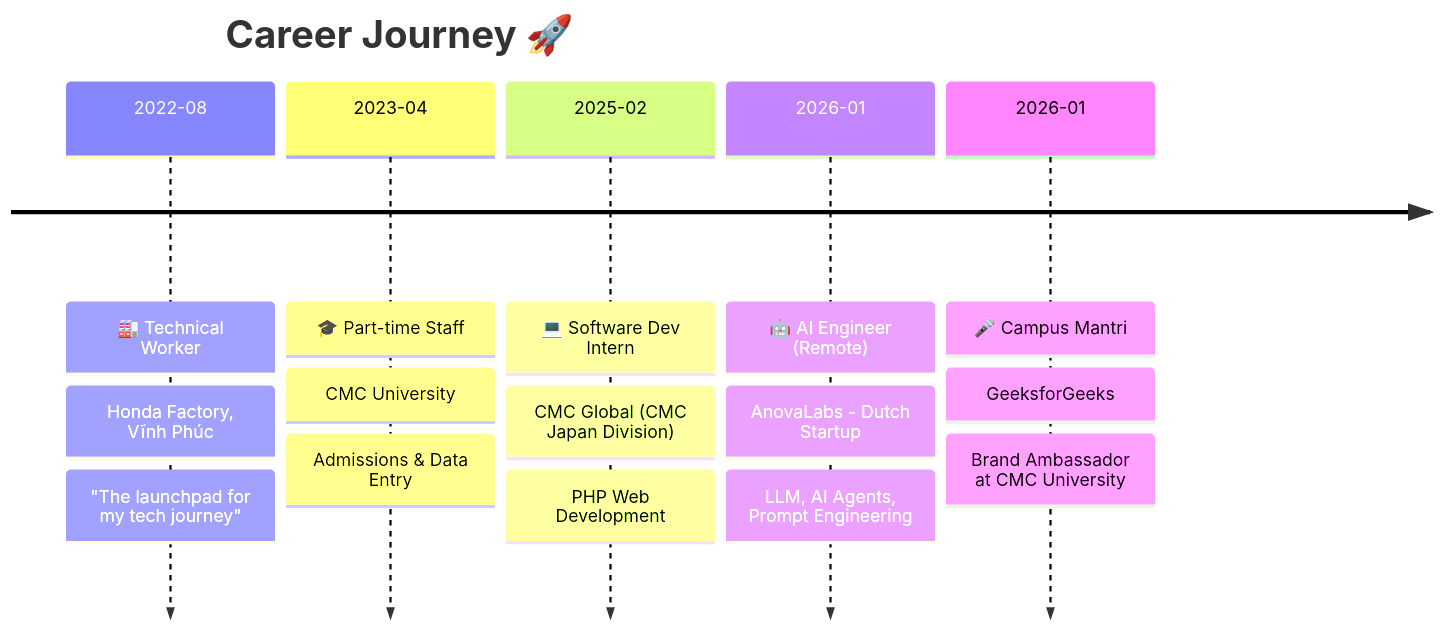
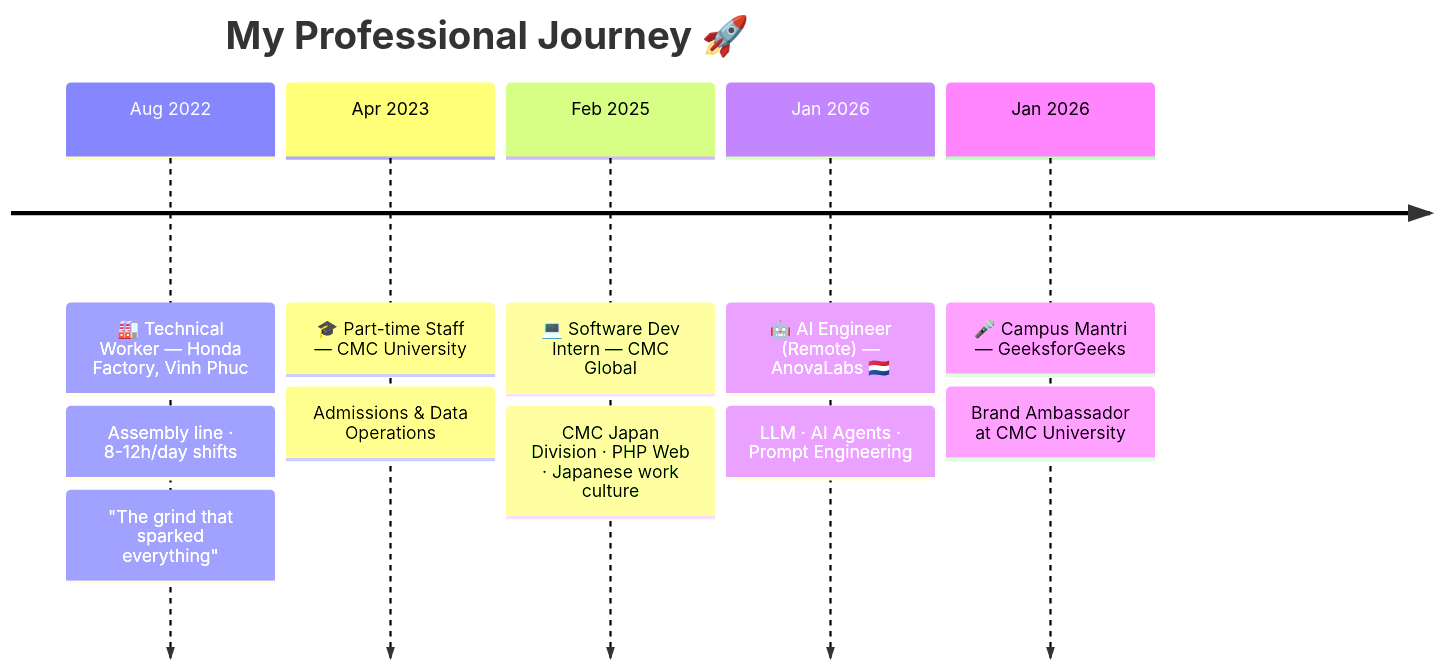
The diagram in README.md (phamquocan24/phamquocan24), drawn with Mermaid before and after one commit. The commit also changed other lines of this file, not shown here.

````diff
--- a/README.md
+++ b/README.md
@@ -94,19 +104,15 @@
 ```mermaid
 timeline
-    title Career Journey 🚀
-    2022-08 : 🏭 Technical Worker
-             : Honda Factory, Vĩnh Phúc
-             : "The launchpad for my tech journey"
-    2023-04 : 🎓 Part-time Staff
-             : CMC University
-             : Admissions & Data Entry
-    2025-02 : 💻 Software Dev Intern
-             : CMC Global (CMC Japan Division)
-             : PHP Web Development
-    2026-01 : 🤖 AI Engineer (Remote)
-             : AnovaLabs - Dutch Startup
-             : LLM, AI Agents, Prompt Engineering
-    2026-01 : 🎤 Campus Mantri
-             : GeeksforGeeks
-             : Brand Ambassador at CMC University
+    title My Professional Journey 🚀
+    Aug 2022  : 🏭 Technical Worker — Honda Factory, Vinh Phuc
+              : Assembly line · 8-12h/day shifts
+              : "The grind that sparked everything"
+    Apr 2023  : 🎓 Part-time Staff — CMC University
+              : Admissions & Data Operations
+    Feb 2025  : 💻 Software Dev Intern — CMC Global
+              : CMC Japan Division · PHP Web · Japanese work culture
+    Jan 2026  : 🤖 AI Engineer (Remote) — AnovaLabs 🇳🇱
+              : LLM · AI Agents · Prompt Engineering
+    Jan 2026  : 🎤 Campus Mantri — GeeksforGeeks
+              : Brand Ambassador at CMC University
 ```
````
